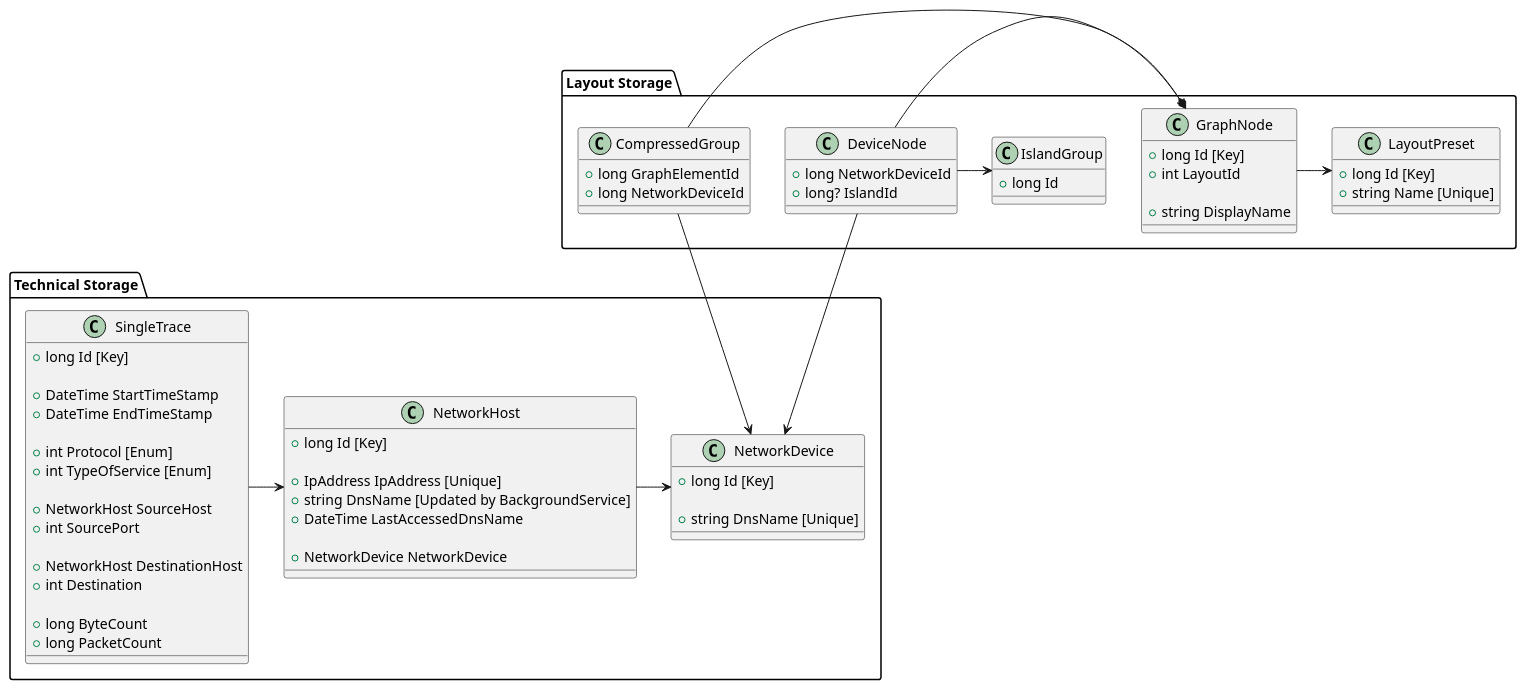
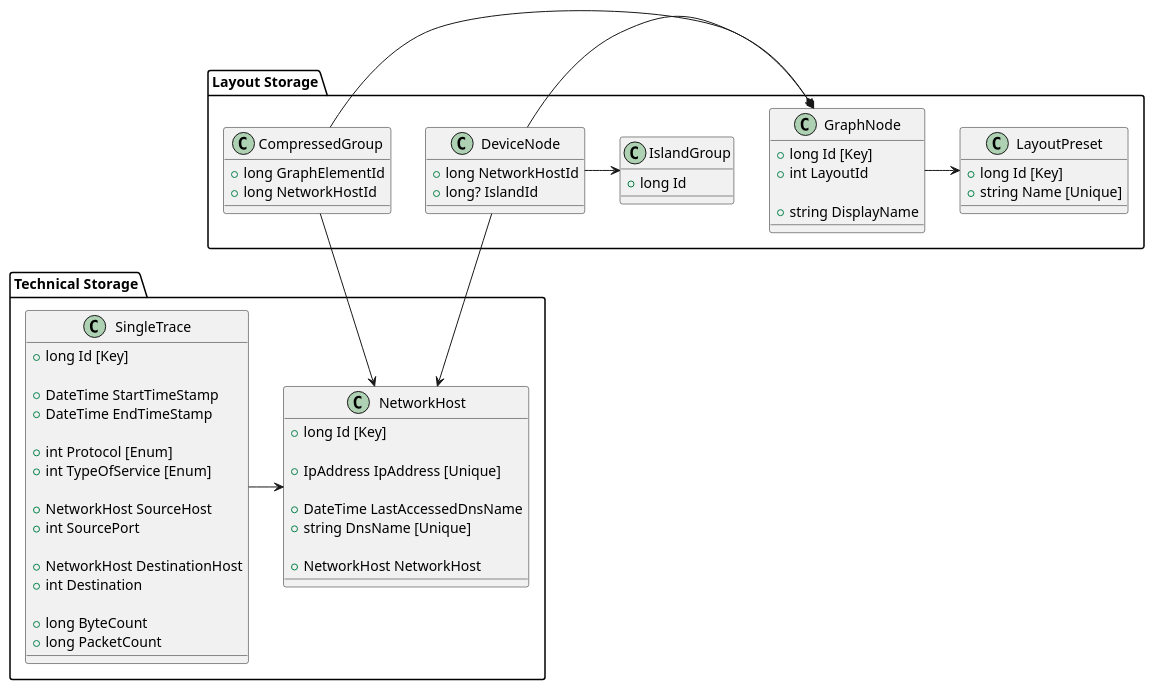
Before and after one commit to TELBC/Netanol: the diagram in TAPAS/UML.puml, drawn with PlantUML. The commit also changed 7 other files, not shown here.

Commit message:
feat(fennec): remove NetworkDevice

```diff
--- a/TAPAS/UML.puml
+++ b/TAPAS/UML.puml
@@ -1,76 +1,70 @@
 @startuml
 
 package "Technical Storage" {
     class SingleTrace {
         + long Id [Key]
     
         + DateTime StartTimeStamp
         + DateTime EndTimeStamp
         
         + int Protocol [Enum]
         + int TypeOfService [Enum]
     
         + NetworkHost SourceHost
         + int SourcePort
         
         + NetworkHost DestinationHost
         + int Destination
         
         + long ByteCount
         + long PacketCount
     }
     SingleTrace-> NetworkHost
     
     class NetworkHost {
         + long Id [Key]
     
         + IpAddress IpAddress [Unique]
-        + string DnsName [Updated by BackgroundService]
+        
         + DateTime LastAccessedDnsName
+        + string DnsName [Unique]
         
-        + NetworkDevice NetworkDevice
-    }
-    NetworkHost -> NetworkDevice
-    
-    class NetworkDevice {
-        + long Id [Key]
-        
-        + string DnsName [Unique]
+        + NetworkHost NetworkHost
     }
 }
 
 package "Layout Storage" {
     class LayoutPreset {
         + long Id [Key]
         + string Name [Unique]
     }
 
     class GraphNode {
         + long Id [Key]
         + int LayoutId
         
         + string DisplayName
     }
     GraphNode -> LayoutPreset
     
     class DeviceNode {
-        + long NetworkDeviceId
+        + long NetworkHostId
         + long? IslandId
     }
     DeviceNode -* GraphNode
-    DeviceNode --> NetworkDevice
+    DeviceNode --> NetworkHost
     DeviceNode -> IslandGroup
     
     class CompressedGroup {
         + long GraphElementId
-        + long NetworkDeviceId
+        + long NetworkHostId
     }
     CompressedGroup -> GraphNode
-    CompressedGroup -> NetworkDevice
+    CompressedGroup -> NetworkHost
     
     class IslandGroup {
         + long Id
     }
 }
 
 @enduml
```
